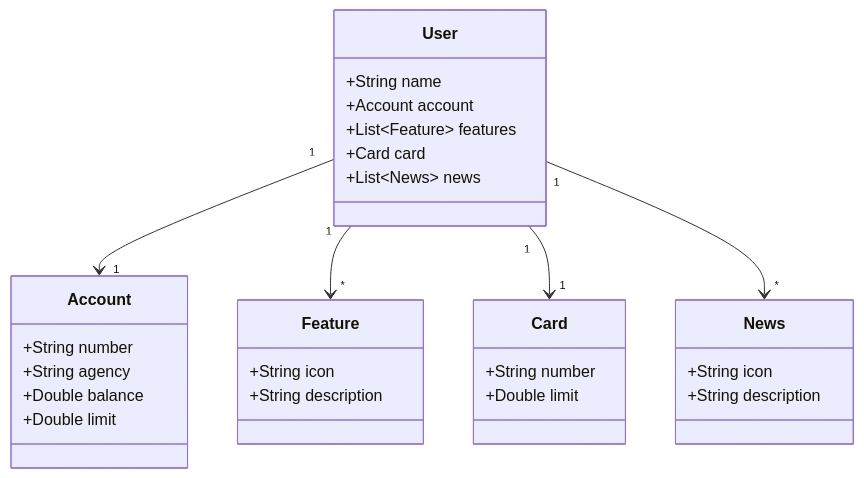
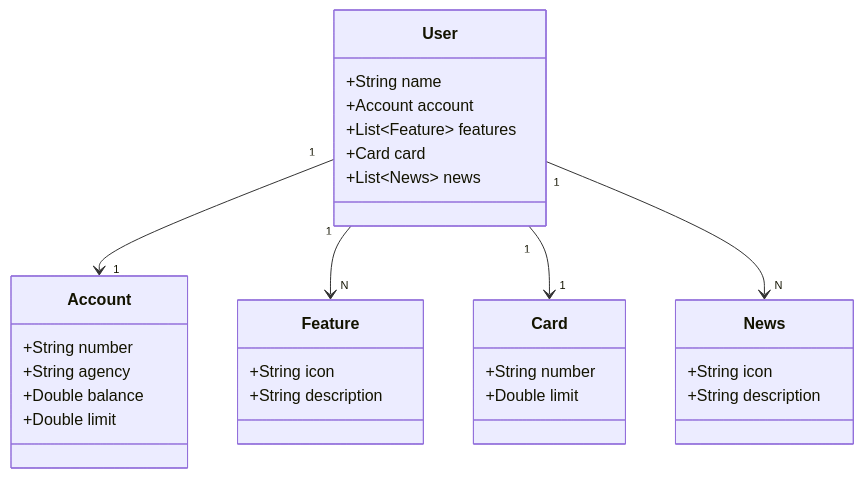
Before and after one commit to Manelima/Decola-Tech---Primeira-Atividade: the diagram in README.md, drawn with Mermaid.

````diff
--- a/README.md
+++ b/README.md
@@ -6,37 +6,37 @@
 ```mermaid
 classDiagram
     class User {
         +String name
         +Account account
         +List~Feature~ features
         +Card card
         +List~News~ news
     }
 
     class Account {
         +String number
         +String agency
         +Double balance
         +Double limit
     }
 
     class Feature {
         +String icon
         +String description
     }
 
     class Card {
         +String number
         +Double limit
     }
 
     class News {
         +String icon
         +String description
     }
 
     User "1" --> "1" Account
-    User "1" --> "*" Feature
+    User "1" --> "N" Feature
     User "1" --> "1" Card
-    User "1" --> "*" News
+    User "1" --> "N" News
 ```
````
